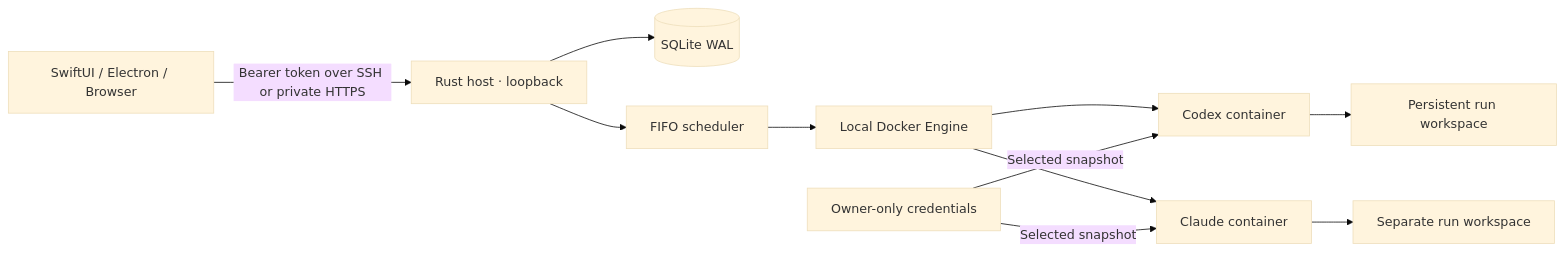
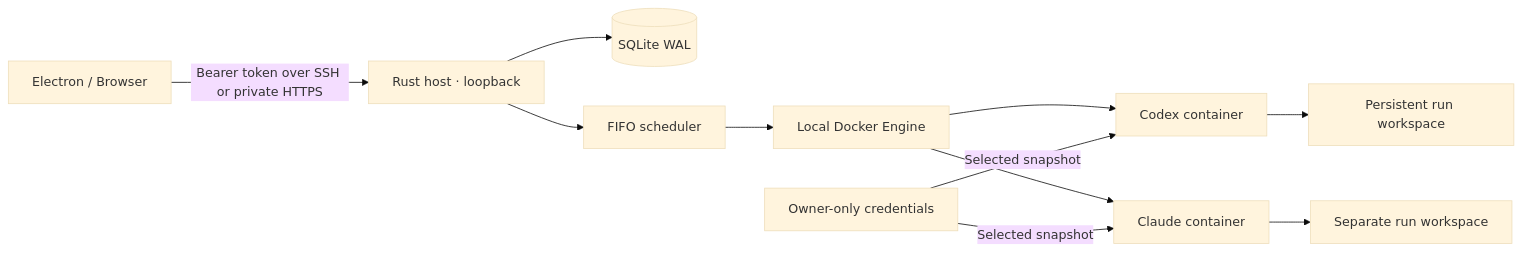
Before and after one commit to djsydney04/cloud-agents: the diagram in docs/architecture.md, drawn with Mermaid (base theme). The commit also changed other lines of this file and 47 other files, not shown here.

Commit message:
feat: one app and one-click host setup with bundled Rust engine

````diff
--- a/docs/architecture.md
+++ b/docs/architecture.md
@@ -3,13 +3,13 @@
 ```mermaid
 flowchart LR
-    C[SwiftUI / Electron / Browser] -->|Bearer token over SSH or private HTTPS| H[Rust host · loopback]
+    C[Electron / Browser] -->|Bearer token over SSH or private HTTPS| H[Rust host · loopback]
     H --> D[(SQLite WAL)]
     H --> S[FIFO scheduler]
     S --> E[Local Docker Engine]
     E --> A[Codex container]
     E --> B[Claude container]
     K[Owner-only credentials] -->|Selected snapshot| A
     K -->|Selected snapshot| B
     A --> W[Persistent run workspace]
     B --> V[Separate run workspace]
 ```
````
